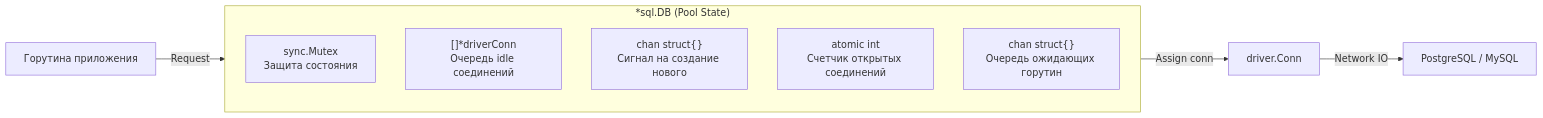
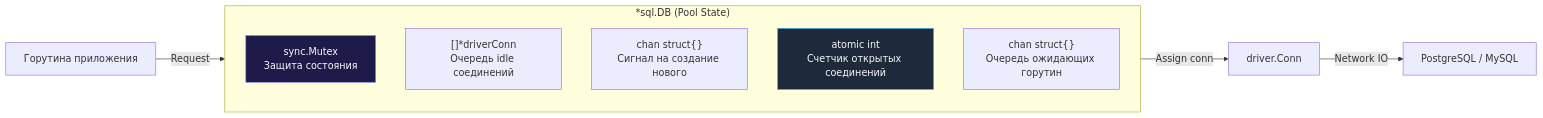
One commit to UnrealTemplier/go-textbook changed the first of 2 diagrams in sources/12. Базы данных/10. Практика и архитектура/2. Connection pool.md. Above: the diagram before and after it, drawn with Mermaid. The commit also changed other lines of this file and 1666 other files, not shown here.

First line of the commit message:
feat(mermaid): add semantic color classDef to 1369 colorless flowchart/graph diagrams

````diff
--- a/sources/12. Базы данных/10. Практика и архитектура/2. Connection pool.md
+++ b/sources/12. Базы данных/10. Практика и архитектура/2. Connection pool.md
@@ -24,14 +24,24 @@
 ```mermaid
 flowchart LR
+    classDef process  fill:#1e293b,stroke:#38bdf8,stroke-width:1px,color:#f8fafc
+    classDef success  fill:#064e3b,stroke:#34d399,stroke-width:1px,color:#f8fafc
+    classDef error    fill:#7f1d1d,stroke:#f87171,stroke-width:1px,color:#f8fafc
+    classDef warning  fill:#78350f,stroke:#fbbf24,stroke-width:1px,color:#f8fafc
+    classDef entry    fill:#1e3a5f,stroke:#38bdf8,stroke-width:2px,color:#f8fafc
+    classDef aux      fill:#334155,stroke:#64748b,stroke-width:1px,color:#f8fafc
+    classDef system   fill:#312e81,stroke:#a78bfa,stroke-width:1px,color:#f8fafc
+    classDef data     fill:#132d29,stroke:#2dd4bf,stroke-width:1px,color:#f8fafc
+    classDef network  fill:#881337,stroke:#fb7185,stroke-width:1px,color:#f8fafc
+    classDef accent   fill:#1e1b4b,stroke:#818cf8,stroke-width:1px,color:#f8fafc
     subgraph sqlDB ["*sql.DB (Pool State)"]
-        mu["sync.Mutex<br>Защита состояния"]
+        mu["sync.Mutex<br>Защита состояния"]:::accent
         freeConn["[]*driverConn<br>Очередь idle соединений"]
         openerCh["chan struct{}<br>Сигнал на создание нового"]
-        numOpen["atomic int<br>Счетчик открытых соединений"]
+        numOpen["atomic int<br>Счетчик открытых соединений"]:::process
         waitCh["chan struct{}<br>Очередь ожидающих горутин"]
     end
     
     App["Горутина приложения"] -->|Request| sqlDB
     sqlDB -->|Assign conn| Driver["driver.Conn"]
     Driver -->|Network IO| DBServer["PostgreSQL / MySQL"]
 ```
````
